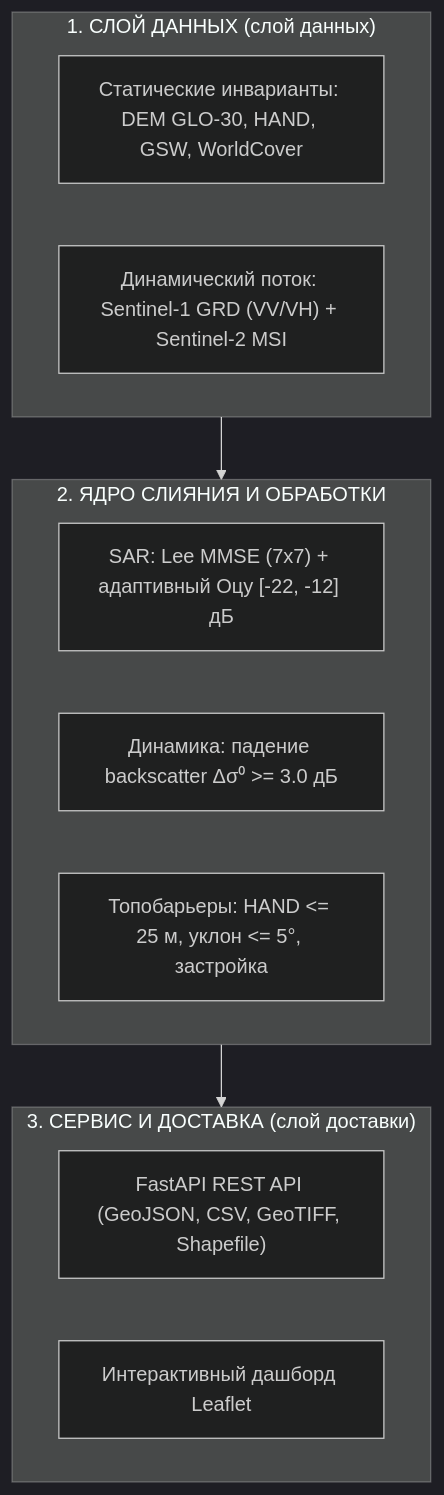
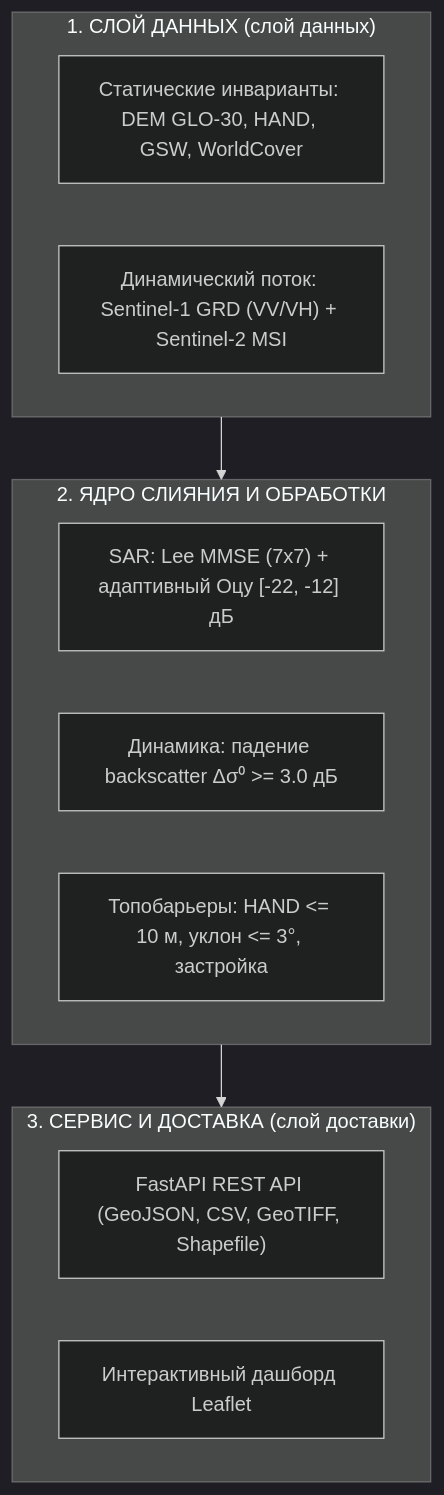
One commit to p4ulbr4dl3y/cosmohack-hydro-2026 changed the first of 2 diagrams in SLIDES.md. Above: the diagram before and after it, drawn with Mermaid (dark theme). The commit also changed other lines of this file and 2 other files, not shown here.

````diff
--- a/SLIDES.md
+++ b/SLIDES.md
@@ -38,21 +38,21 @@
 ```mermaid
 flowchart TD
     subgraph DATA["1. СЛОЙ ДАННЫХ (слой данных)"]
         D1["Статические инварианты: DEM GLO-30, HAND, GSW, WorldCover"]
         D2["Динамический поток: Sentinel-1 GRD (VV/VH) + Sentinel-2 MSI"]
     end
 
     subgraph ENGINE["2. ЯДРО СЛИЯНИЯ И ОБРАБОТКИ"]
         E1["SAR: Lee MMSE (7x7) + адаптивный Оцу [-22, -12] дБ"]
         E2["Динамика: падение backscatter Δσ⁰ >= 3.0 дБ"]
-        E3["Топобарьеры: HAND <= 25 м, уклон <= 5°, застройка"]
+        E3["Топобарьеры: HAND <= 10 м, уклон <= 3°, застройка"]
     end
 
     subgraph OUT["3. СЕРВИС И ДОСТАВКА (слой доставки)"]
         O1["FastAPI REST API (GeoJSON, CSV, GeoTIFF, Shapefile)"]
         O2["Интерактивный дашборд Leaflet"]
     end
 
     DATA --> ENGINE
     ENGINE --> OUT
 ```
````
